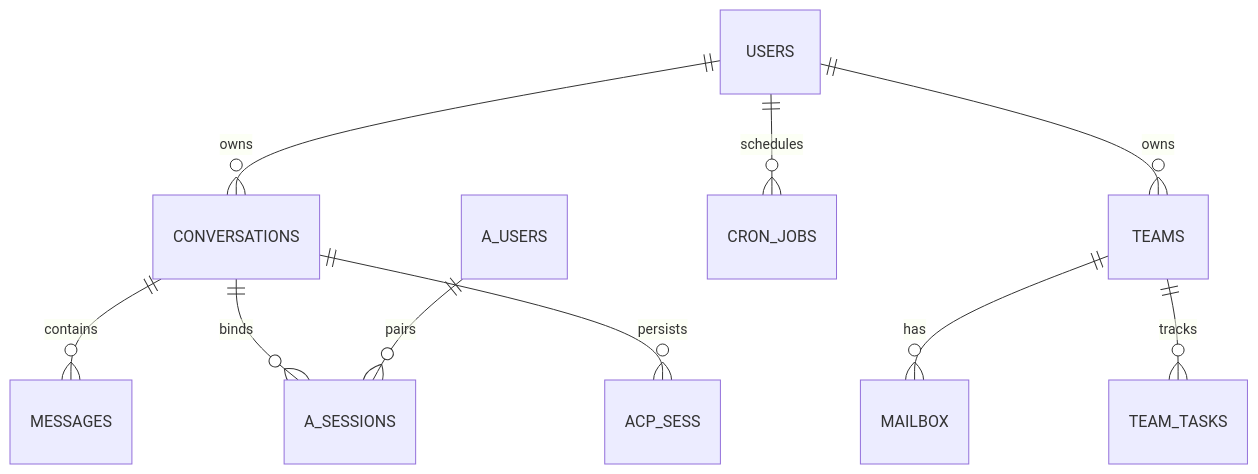
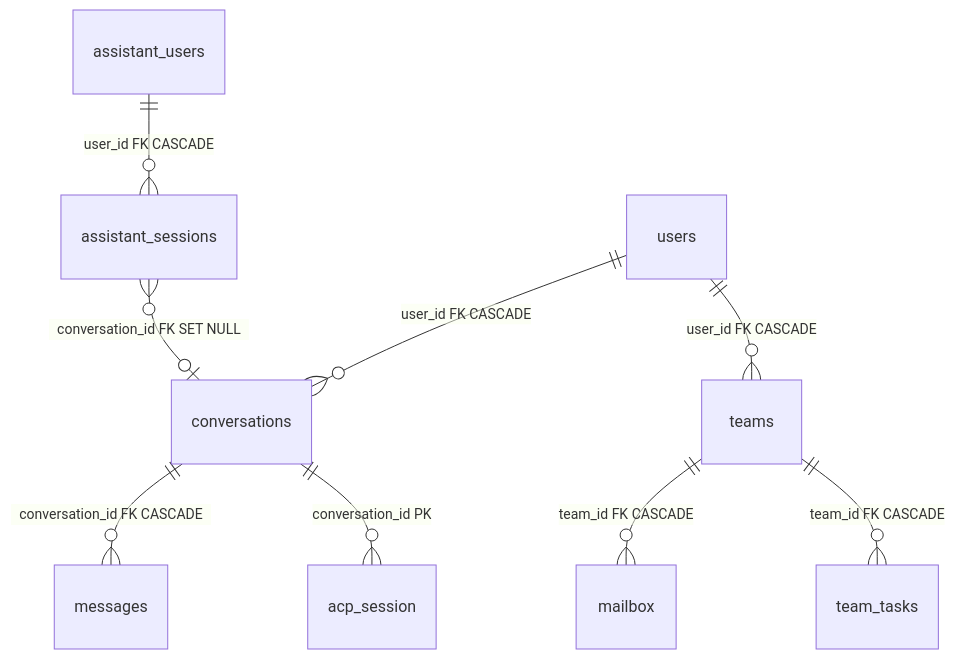
One commit to morehao/oss-insights changed the first of 2 diagrams in ai-agent/aionui/data-model.md. Above: the diagram before and after it, drawn with Mermaid. The commit also changed other lines of this file and 10 other files, not shown here.

````diff
--- a/ai-agent/aionui/data-model.md
+++ b/ai-agent/aionui/data-model.md
@@ -40,12 +28,11 @@
 ```mermaid
 erDiagram
-    USERS ||--o{ CONVERSATIONS : owns
-    CONVERSATIONS ||--o{ MESSAGES : contains
-    USERS ||--o{ TEAMS : owns
-    TEAMS ||--o{ MAILBOX : has
-    TEAMS ||--o{ TEAM_TASKS : tracks
-    USERS ||--o{ CRON_JOBS : schedules
-    CONVERSATIONS ||--o{ A_SESSIONS : binds
-    A_USERS ||--o{ A_SESSIONS : pairs
-    CONVERSATIONS ||--o{ ACP_SESS : persists
+    users ||--o{ conversations : "user_id FK CASCADE"
+    users ||--o{ teams : "user_id FK CASCADE"
+    conversations ||--o{ messages : "conversation_id FK CASCADE"
+    teams ||--o{ mailbox : "team_id FK CASCADE"
+    teams ||--o{ team_tasks : "team_id FK CASCADE"
+    assistant_users ||--o{ assistant_sessions : "user_id FK CASCADE"
+    assistant_sessions }o--o| conversations : "conversation_id FK SET NULL"
+    conversations ||--o{ acp_session : "conversation_id PK"
 ```
````
